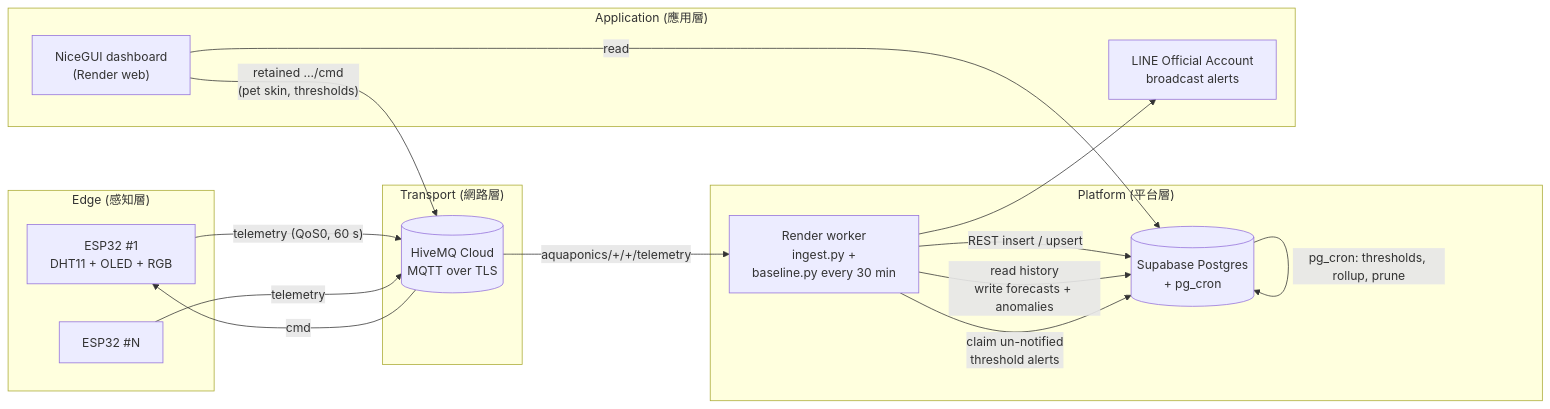
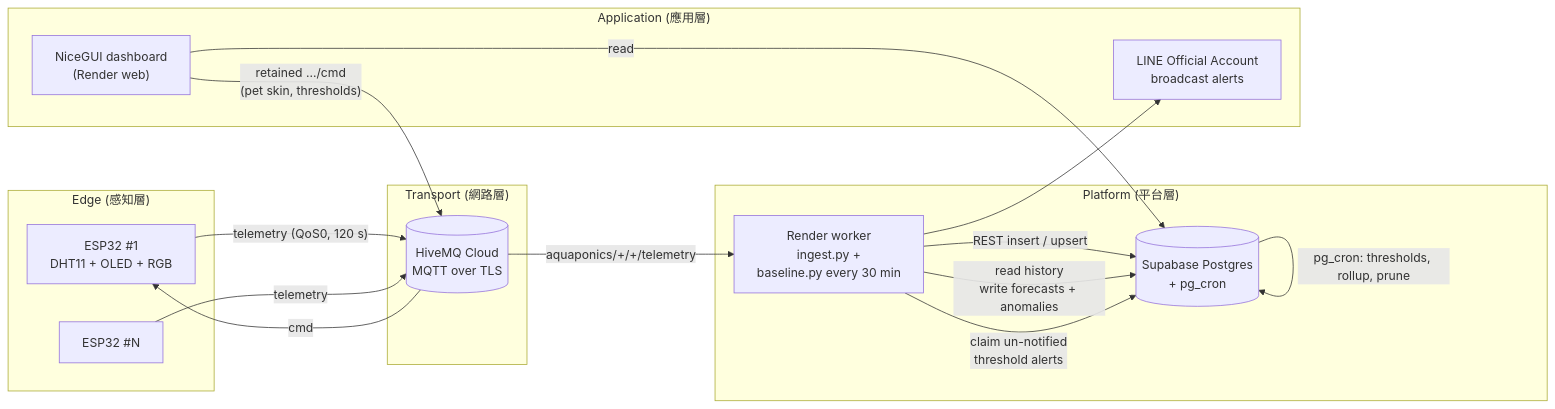
One commit to Bonny-sun/esp32_1 changed the diagram in README.md. Above: the diagram before and after it, drawn with Mermaid. The commit also changed other lines of this file and 8 other files, not shown here.

````diff
--- a/README.md
+++ b/README.md
@@ -29,30 +29,30 @@
 ```mermaid
 flowchart LR
     subgraph Edge["Edge (感知層)"]
         E1["ESP32 #1<br/>DHT11 + OLED + RGB"]
         E2["ESP32 #N"]
     end
     subgraph Net["Transport (網路層)"]
         MQ[("HiveMQ Cloud<br/>MQTT over TLS")]
     end
     subgraph Cloud["Platform (平台層)"]
         W["Render worker<br/>ingest.py +<br/>baseline.py every 30 min"]
         DB[("Supabase Postgres<br/>+ pg_cron")]
     end
     subgraph App["Application (應用層)"]
         D["NiceGUI dashboard<br/>(Render web)"]
         L["LINE Official Account<br/>broadcast alerts"]
     end
 
-    E1 -- "telemetry (QoS0, 60 s)" --> MQ
+    E1 -- "telemetry (QoS0, 120 s)" --> MQ
     E2 -- telemetry --> MQ
     MQ -- "aquaponics/+/+/telemetry" --> W
     W -- "REST insert / upsert" --> DB
     DB -- "pg_cron: thresholds, rollup, prune" --> DB
     W -- "read history<br/>write forecasts + anomalies" --> DB
     W -- "claim un-notified<br/>threshold alerts" --> DB
     W --> L
     D -- "read" --> DB
     D -- "retained .../cmd<br/>(pet skin, thresholds)" --> MQ
     MQ -- "cmd" --> E1
 ```
````
